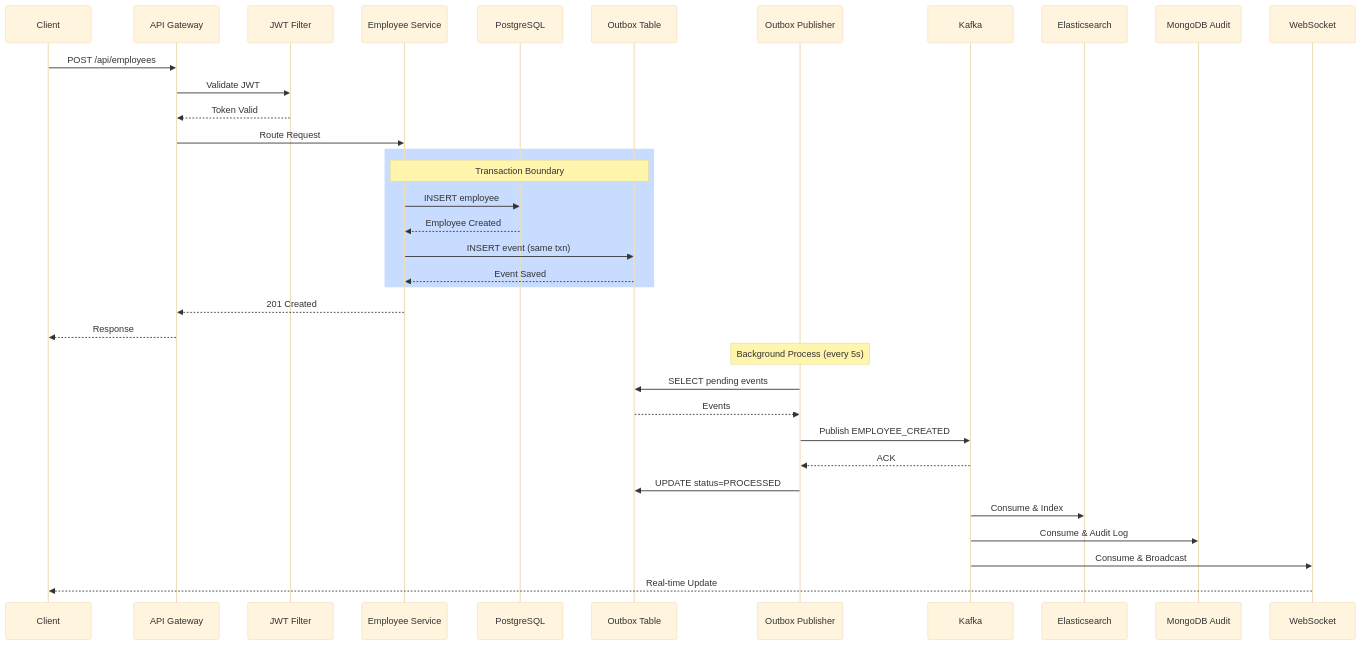
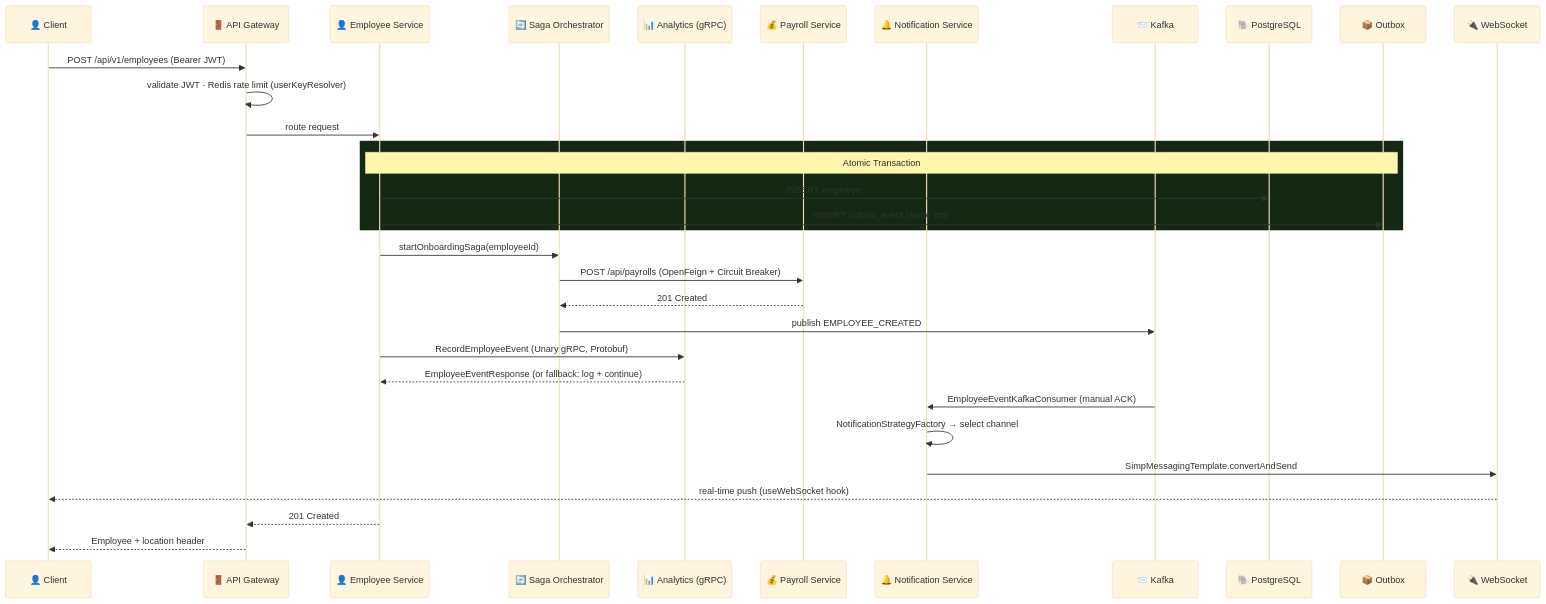
Before and after one commit to hemanthguvvala/Microservices-Full-Proj: the second of 17 diagrams in docs/diagrams/ARCHITECTURE_DIAGRAMS.md, drawn with Mermaid (base theme). The commit also changed other lines of this file and 6 other files, not shown here.

````diff
--- a/docs/diagrams/ARCHITECTURE_DIAGRAMS.md
+++ b/docs/diagrams/ARCHITECTURE_DIAGRAMS.md
@@ -90,43 +92,40 @@
 ```mermaid
 sequenceDiagram
-    participant Client
-    participant Gateway as API Gateway
-    participant Auth as JWT Filter
-    participant Employee as Employee Service
-    participant DB as PostgreSQL
-    participant Outbox as Outbox Table
-    participant Publisher as Outbox Publisher
-    participant Kafka
-    participant ES as Elasticsearch
-    participant Mongo as MongoDB Audit
-    participant WS as WebSocket
-    
-    Client->>Gateway: POST /api/employees
-    Gateway->>Auth: Validate JWT
-    Auth-->>Gateway: Token Valid
-    
-    Gateway->>Employee: Route Request
-    
-    rect rgb(200, 220, 255)
-        Note over Employee,Outbox: Transaction Boundary
-        Employee->>DB: INSERT employee
-        DB-->>Employee: Employee Created
-        Employee->>Outbox: INSERT event (same txn)
-        Outbox-->>Employee: Event Saved
+    participant C as 👤 Client
+    participant GW as 🚪 API Gateway
+    participant ES as 👤 Employee Service
+    participant SO as 🔄 Saga Orchestrator
+    participant GRPC as 📊 Analytics (gRPC)
+    participant PS as 💰 Payroll Service
+    participant NS as 🔔 Notification Service
+    participant K as 📨 Kafka
+    participant DB as 🐘 PostgreSQL
+    participant OB as 📦 Outbox
+    participant WS as 🔌 WebSocket
+
+    C->>GW: POST /api/v1/employees  (Bearer JWT)
+    GW->>GW: validate JWT · Redis rate limit (userKeyResolver)
+    GW->>ES: route request
+
+    rect rgb(20, 40, 20)
+        Note over ES,OB: Atomic Transaction
+        ES->>DB: INSERT employee
+        ES->>OB: INSERT outbox_event (same txn)
     end
-    
-    Employee-->>Gateway: 201 Created
-    Gateway-->>Client: Response
-    
-    Note over Publisher: Background Process (every 5s)
-    Publisher->>Outbox: SELECT pending events
-    Outbox-->>Publisher: Events
-    Publisher->>Kafka: Publish EMPLOYEE_CREATED
-    Kafka-->>Publisher: ACK
-    Publisher->>Outbox: UPDATE status=PROCESSED
-    
-    Kafka->>ES: Consume & Index
-    Kafka->>Mongo: Consume & Audit Log
-    Kafka->>WS: Consume & Broadcast
-    WS-->>Client: Real-time Update
+
+    ES->>SO: startOnboardingSaga(employeeId)
+    SO->>PS: POST /api/payrolls (OpenFeign + Circuit Breaker)
+    PS-->>SO: 201 Created
+    SO->>K: publish EMPLOYEE_CREATED
+
+    ES->>GRPC: RecordEmployeeEvent (Unary gRPC, Protobuf)
+    GRPC-->>ES: EmployeeEventResponse (or fallback: log + continue)
+
+    K->>NS: EmployeeEventKafkaConsumer (manual ACK)
+    NS->>NS: NotificationStrategyFactory → select channel
+    NS->>WS: SimpMessagingTemplate.convertAndSend
+    WS-->>C: real-time push (useWebSocket hook)
+
+    ES-->>GW: 201 Created
+    GW-->>C: Employee + location header
 ```
````
